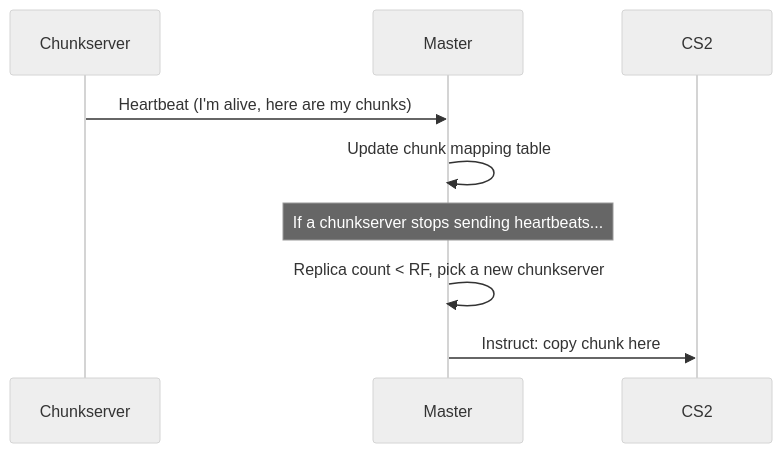
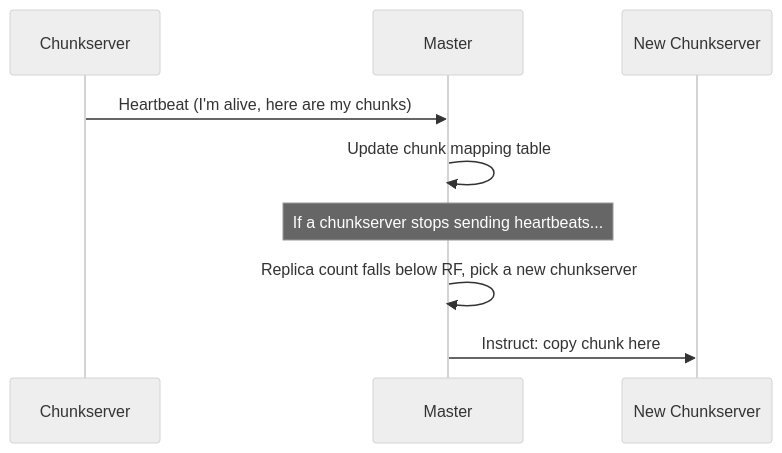
The third of 4 diagrams in _posts/2026-09-13-google-file-system-explained.md (ChadaSaiteja/blog), drawn with Mermaid (neutral theme) before and after one commit. The commit also changed other lines of this file, not shown here.

Commit message:
Fix mermaid syntax error in heartbeat diagram

````diff
--- a/_posts/2026-09-13-google-file-system-explained.md
+++ b/_posts/2026-09-13-google-file-system-explained.md
@@ -94,10 +94,11 @@
 ```mermaid
 sequenceDiagram
     participant CS as Chunkserver
     participant M as Master
+    participant CS2 as New Chunkserver
     CS->>M: Heartbeat (I'm alive, here are my chunks)
     M->>M: Update chunk mapping table
     Note over M: If a chunkserver stops sending heartbeats...
-    M->>M: Replica count < RF, pick a new chunkserver
+    M->>M: Replica count falls below RF, pick a new chunkserver
     M->>CS2: Instruct: copy chunk here
 ```
````
